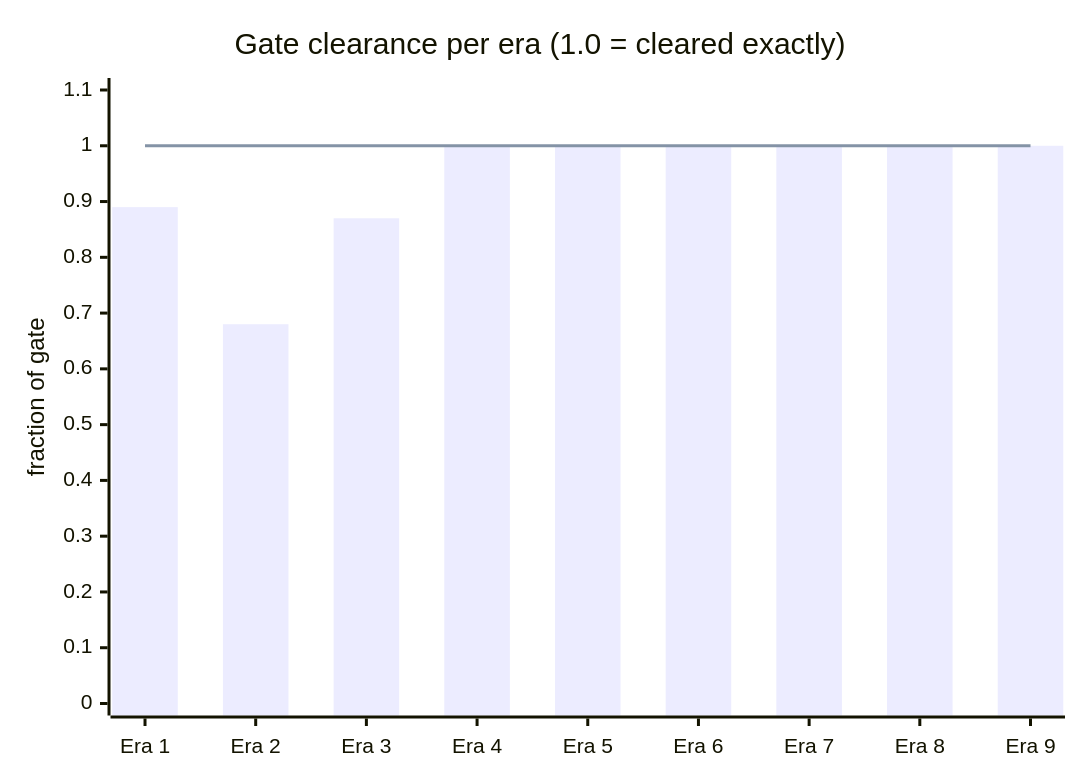
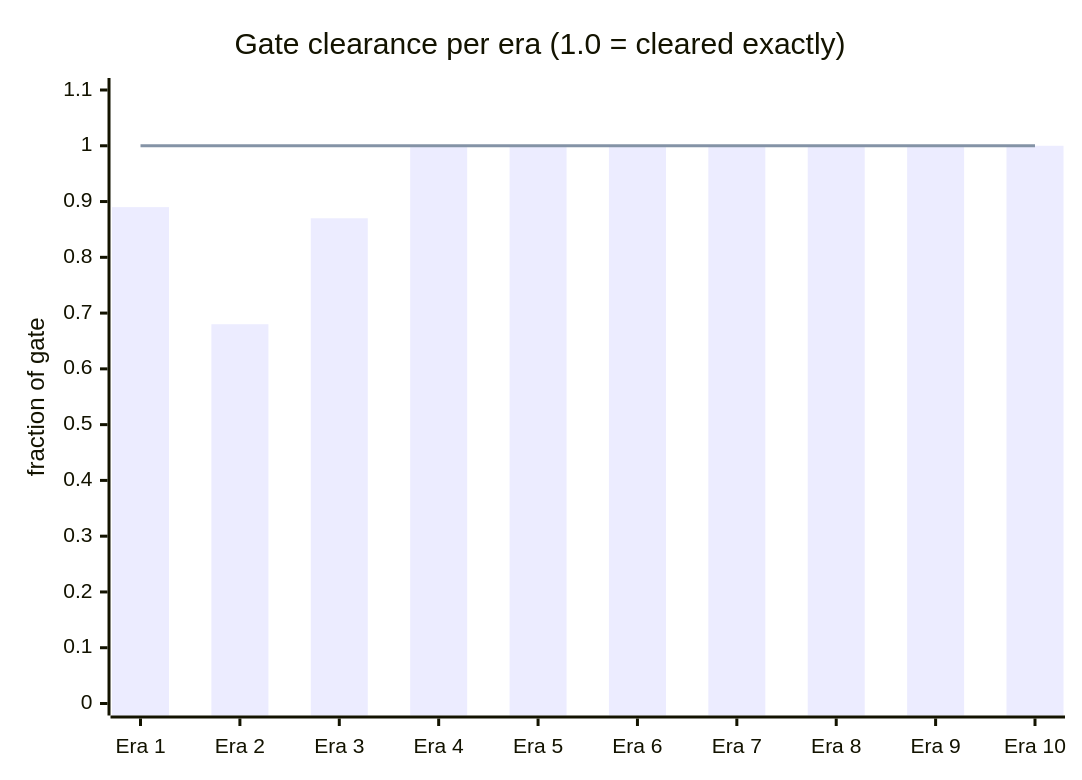
The second of 9 diagrams in docs/research/README.md (get-tmonier/argot), drawn with Mermaid before and after one commit. The commit also changed other lines of this file and 3 other files, not shown here.

````diff
--- a/docs/research/README.md
+++ b/docs/research/README.md
@@ -75,8 +79,8 @@
 ```mermaid
 xychart-beta
     title "Gate clearance per era (1.0 = cleared exactly)"
-    x-axis ["Era 1", "Era 2", "Era 3", "Era 4", "Era 5", "Era 6", "Era 7", "Era 8", "Era 9"]
+    x-axis ["Era 1", "Era 2", "Era 3", "Era 4", "Era 5", "Era 6", "Era 7", "Era 8", "Era 9", "Era 10"]
     y-axis "fraction of gate" 0 --> 1.1
-    bar [0.89, 0.68, 0.87, 1.00, 1.00, 1.00, 1.00, 1.00, 1.00]
-    line [1.0, 1.0, 1.0, 1.0, 1.0, 1.0, 1.0, 1.0, 1.0]
+    bar [0.89, 0.68, 0.87, 1.00, 1.00, 1.00, 1.00, 1.00, 1.00, 1.00]
+    line [1.0, 1.0, 1.0, 1.0, 1.0, 1.0, 1.0, 1.0, 1.0, 1.0]
 ```
````
